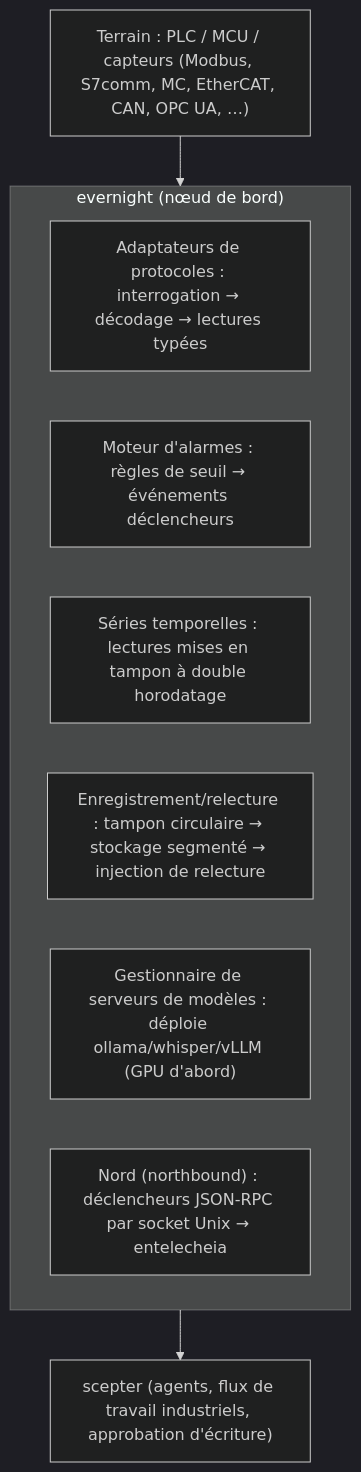
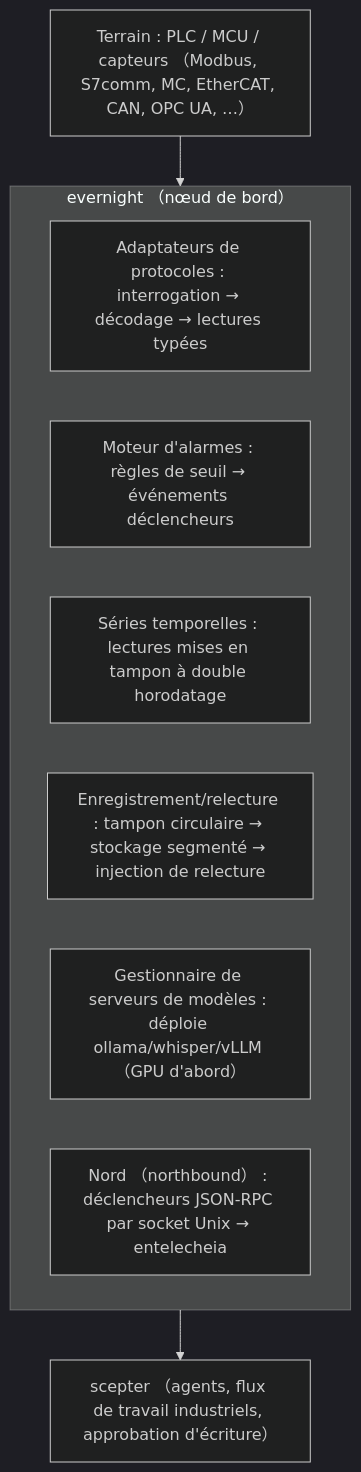
Before and after one commit to celestia-island/docs.celestia.world: the diagram in docs/fr/platforms/evernight.md, drawn with Mermaid (dark theme). The commit also changed 35 other files, not shown here.

First line of the commit message:
📝 Convert ASCII parentheses in mermaid fences to fullwidth across languages. (#96)

````diff
--- a/docs/fr/platforms/evernight.md
+++ b/docs/fr/platforms/evernight.md
@@ -11,14 +11,14 @@
 ```mermaid
 flowchart TD
-    C["Terrain : PLC / MCU / capteurs (Modbus, S7comm, MC, EtherCAT, CAN, OPC UA, …)"]
-    subgraph G["evernight (nœud de bord)"]
+    C["Terrain : PLC / MCU / capteurs （Modbus, S7comm, MC, EtherCAT, CAN, OPC UA, …）"]
+    subgraph G["evernight （nœud de bord）"]
         N0["Adaptateurs de protocoles : interrogation → décodage → lectures typées"]
         N1["Moteur d'alarmes : règles de seuil → événements déclencheurs"]
         N2["Séries temporelles : lectures mises en tampon à double horodatage"]
         N3["Enregistrement/relecture : tampon circulaire → stockage segmenté → injection de relecture"]
-        N4["Gestionnaire de serveurs de modèles : déploie ollama/whisper/vLLM (GPU d'abord)"]
-        N5["Nord (northbound) : déclencheurs JSON-RPC par socket Unix → entelecheia"]
+        N4["Gestionnaire de serveurs de modèles : déploie ollama/whisper/vLLM （GPU d'abord）"]
+        N5["Nord （northbound） : déclencheurs JSON-RPC par socket Unix → entelecheia"]
     end
     C --> G
-    G --> B["scepter (agents, flux de travail industriels, approbation d'écriture)"]
+    G --> B["scepter （agents, flux de travail industriels, approbation d'écriture）"]
 ```
````
